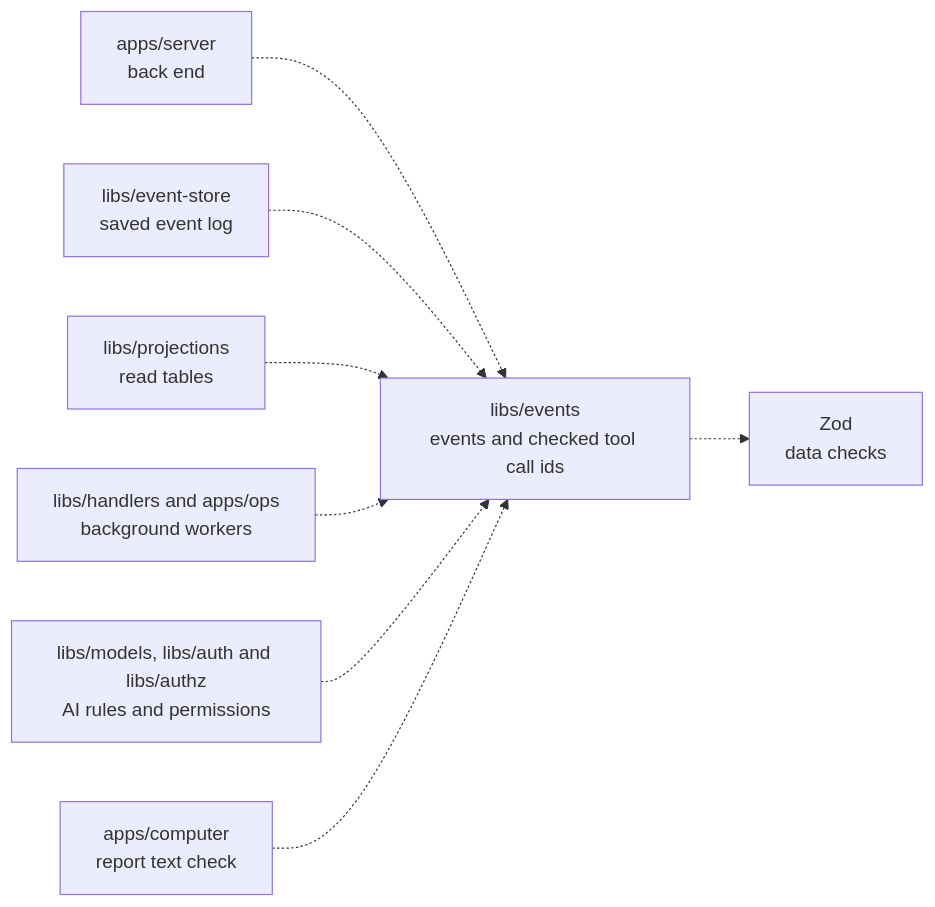
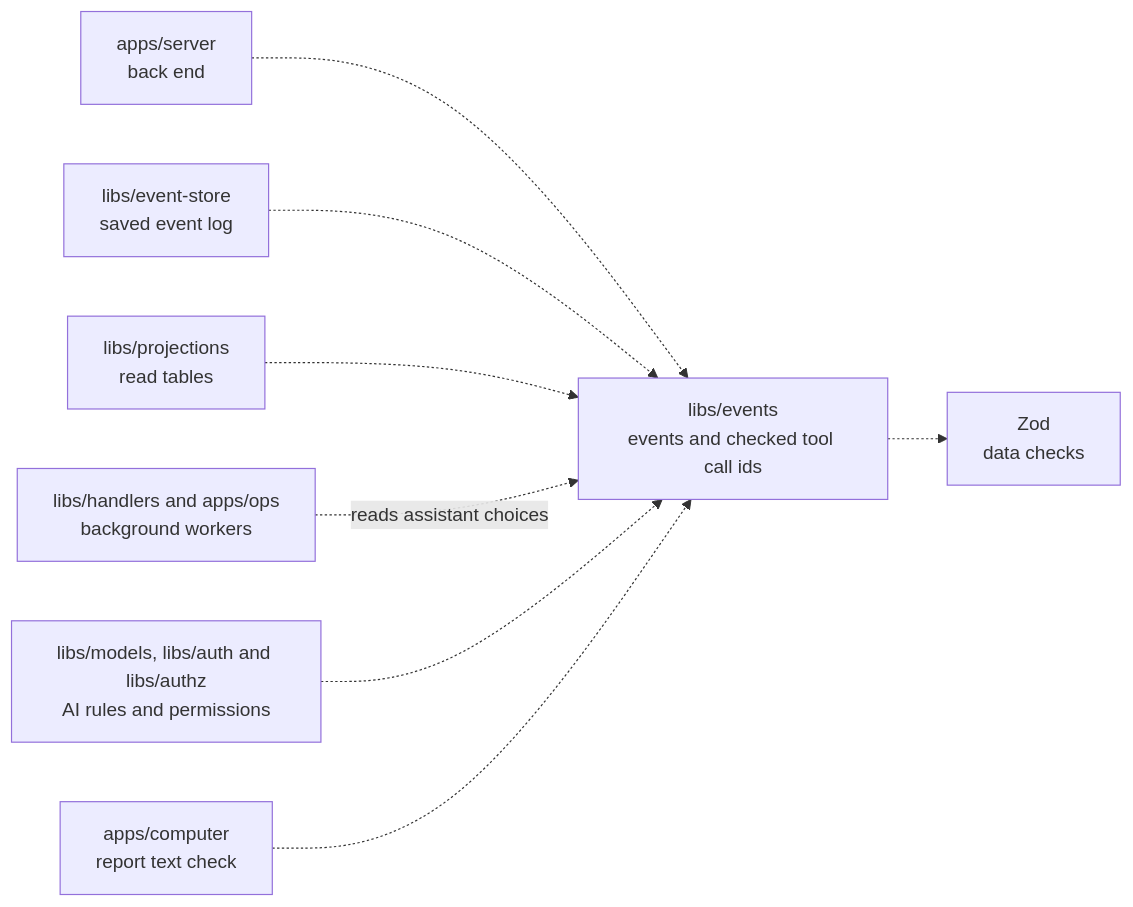
One commit to elewa-git/opencrane-new changed the diagram in libs/events/README.md. Above: the diagram before and after it, drawn with Mermaid. The commit also changed other lines of this file and 18 other files, not shown here.

````diff
--- a/libs/events/README.md
+++ b/libs/events/README.md
@@ -22,10 +22,10 @@
 ```mermaid
 flowchart LR
   server["apps/server<br/>back end"] -.-> events["libs/events<br/>events and checked tool call ids"]
   store["libs/event-store<br/>saved event log"] -.-> events
   projections["libs/projections<br/>read tables"] -.-> events
-  workers["libs/handlers and apps/ops<br/>background workers"] -.-> events
+  workers["libs/handlers and apps/ops<br/>background workers"] -.->|reads assistant choices| events
   others["libs/models, libs/auth and libs/authz<br/>AI rules and permissions"] -.-> events
   computer["apps/computer<br/>report text check"] -.-> events
   events -.-> zod["Zod<br/>data checks"]
 ```
````
